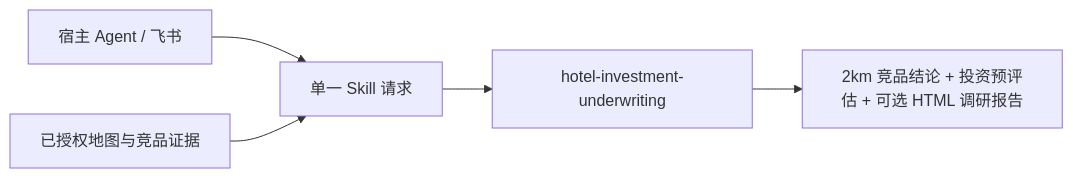
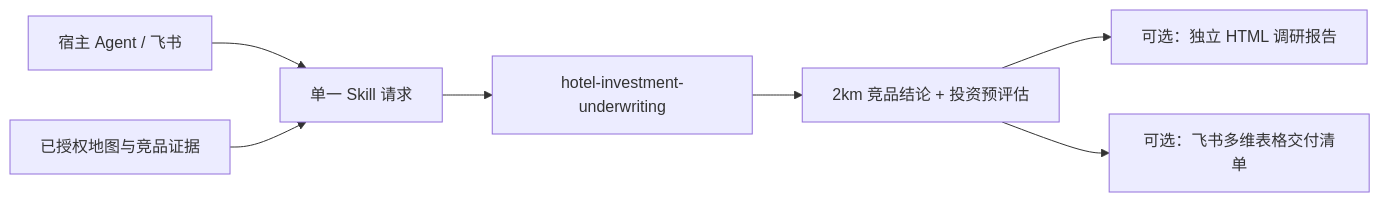
The diagram in README.md (laotie567/zhijing-hotel-investment-underwriting), drawn with Mermaid before and after one commit. The commit also changed other lines of this file and 21 other files, not shown here.

````diff
--- a/README.md
+++ b/README.md
@@ -16,7 +16,9 @@
 ```mermaid
 flowchart LR
     H["宿主 Agent / 飞书"] --> R["单一 Skill 请求"]
     E["已授权地图与竞品证据"] --> R
     R --> S["hotel-investment-underwriting"]
-    S --> O["2km 竞品结论 + 投资预评估 + 可选 HTML 调研报告"]
+    S --> O["2km 竞品结论 + 投资预评估"]
+    O --> H1["可选：独立 HTML 调研报告"]
+    O --> B["可选：飞书多维表格交付清单"]
 ```
````
